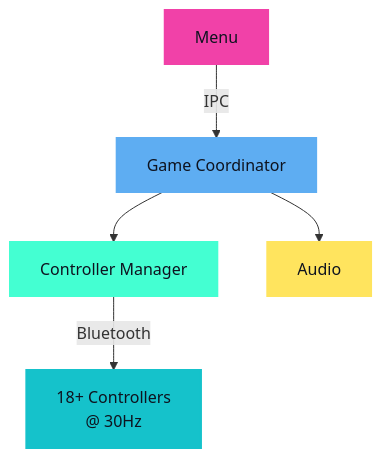
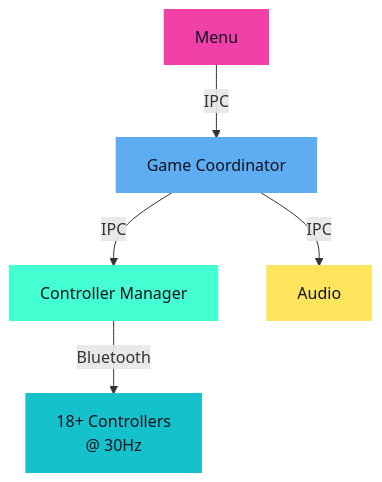
One commit to WatchMeJoustMyFlags/kubecon-material changed the first of 6 diagrams in cloud-native-linz-presentation/slides.md. Above: the diagram before and after it, drawn with Mermaid. The commit also changed other lines of this file, not shown here.

````diff
--- a/cloud-native-linz-presentation/slides.md
+++ b/cloud-native-linz-presentation/slides.md
@@ -90,19 +90,19 @@
 ```mermaid {scale:0.85}
 graph TD
     Menu[Menu]
     GC[Game Coordinator]
     CM[Controller Manager]
     Audio[Audio]
     Controllers[18+ Controllers<br/>@ 30Hz]
 
     Menu -->|IPC| GC
-    GC --> CM
-    GC --> Audio
+    GC -->|IPC| CM
+    GC -->|IPC| Audio
     CM -->|Bluetooth| Controllers
 
     style Menu fill:#f141a8,stroke:#f141a8,stroke-width:2px,color:#0e131f
     style GC fill:#5eadf2,stroke:#5eadf2,stroke-width:2px,color:#0e131f
     style CM fill:#44ffd2,stroke:#44ffd2,stroke-width:2px,color:#0e131f
     style Audio fill:#ffe45e,stroke:#ffe45e,stroke-width:2px,color:#0e131f
     style Controllers fill:#15c2cb,stroke:#15c2cb,stroke-width:2px,color:#0e131f
 ```
````
